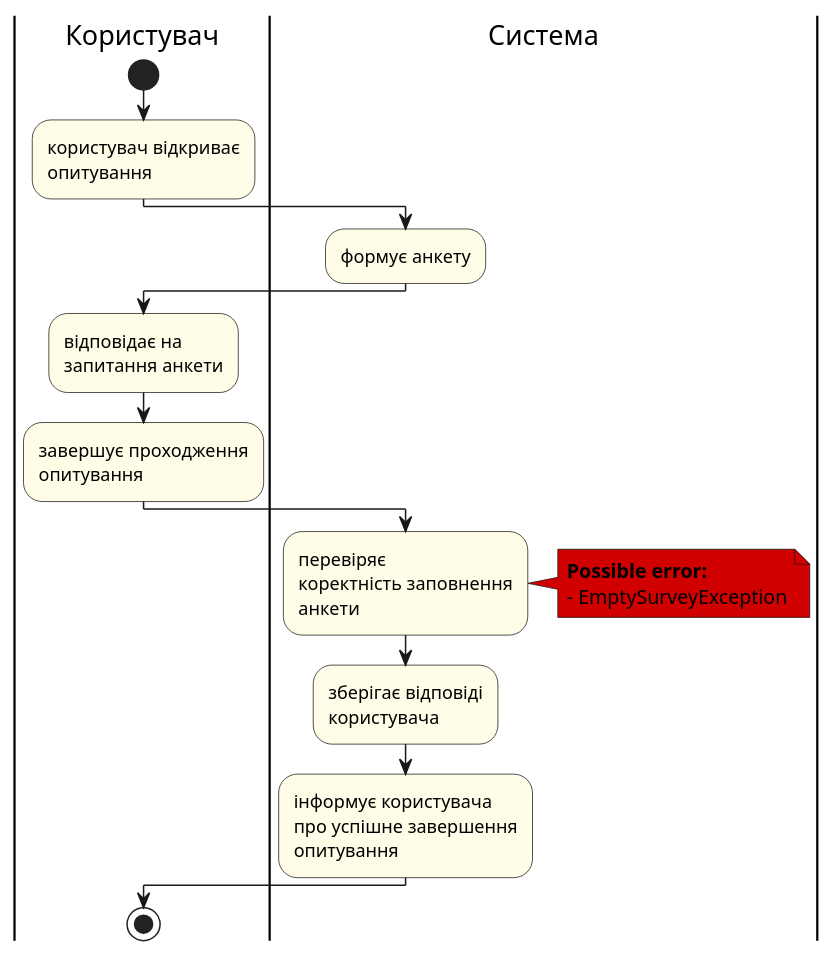
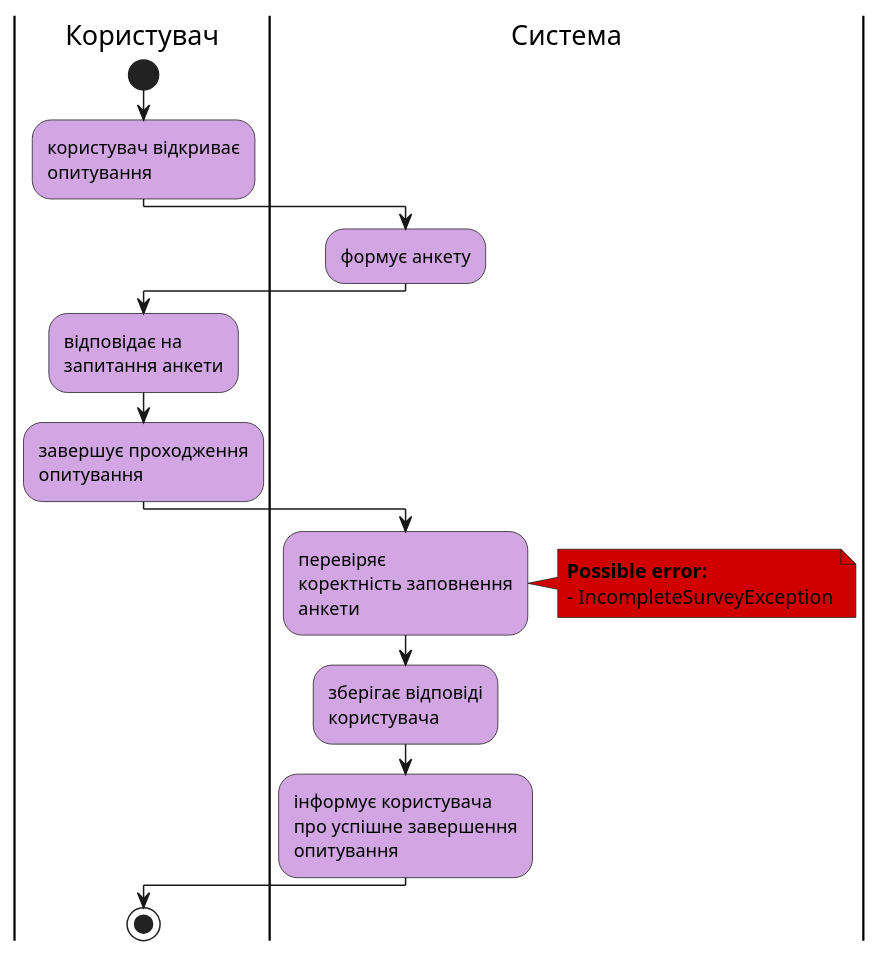
One commit to sunnytea0/db_labs_my changed the seventh of 15 diagrams in docs/use cases/README.md. Above: the diagram before and after it, drawn with PlantUML.

Commit message:
#26: changes user completes survey
changes user completes survey

```diff
--- a/docs/use cases/README.md
+++ b/docs/use cases/README.md
@@ -259,29 +259,29 @@
 @startuml
 
-    skinparam ActivityBackgroundColor #fffde7
+    skinparam ActivityBackgroundColor #d1a6e2
 
     |Користувач|
     start;
     :користувач відкриває\nопитування;
 
     |Система|
     :формує анкету;
 
     |Користувач|
     :відповідає на\nзапитання анкети;
     :завершує проходження\nопитування;
 
     |Система|
     :перевіряє\nкоректність заповнення\nанкети;
     note right #D10000
     <b>Possible error:
-    - EmptySurveyException
+    - IncompleteSurveyException
     end note
 
     :зберігає відповіді\nкористувача;
     :інформує користувача\nпро успішне завершення\nопитування;
 
     |Користувач|
     stop;
 
 @enduml
```
